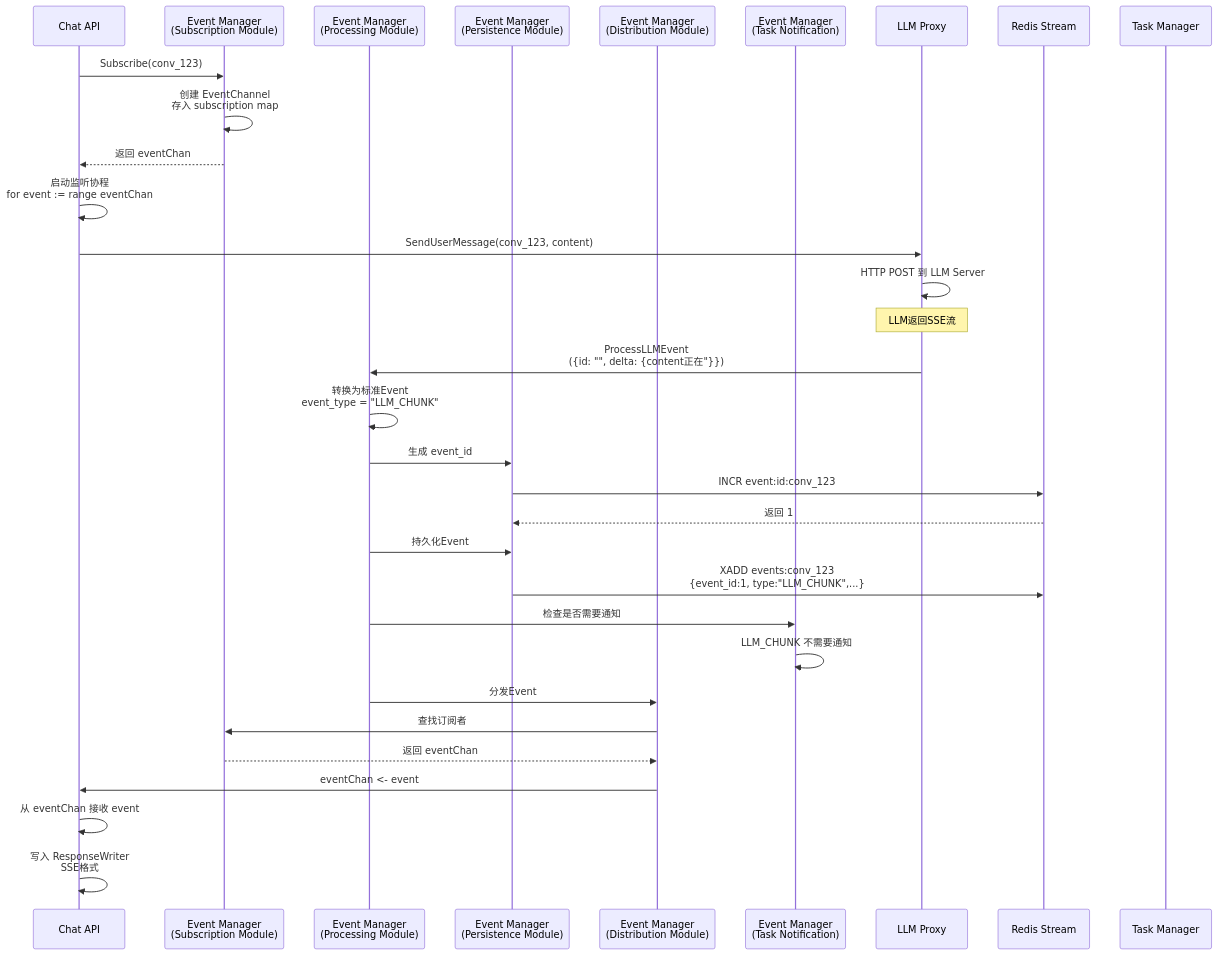
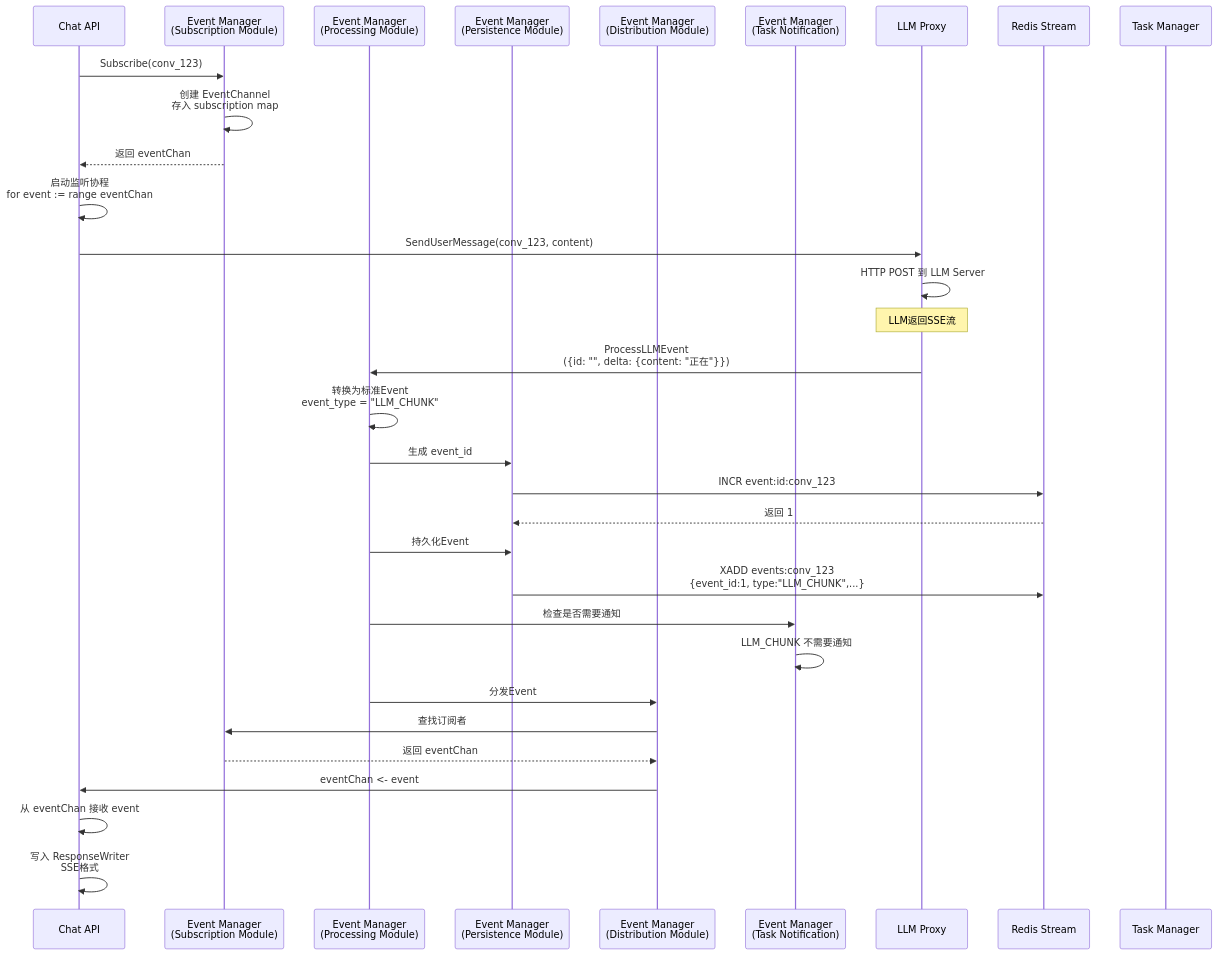
Before and after one commit to yingjianzh/iodraw-files: the diagram in all/未命名-10.md, drawn with Mermaid.

Commit message:
2025-12-22 17:28:50 update

````diff
--- a/all/未命名-10.md
+++ b/all/未命名-10.md
@@ -1,44 +1,44 @@
 ```mermaid
 sequenceDiagram
     participant ChatAPI as Chat API
     participant EventMgr as Event Manager<br/>(Subscription Module)
     participant EventProc as Event Manager<br/>(Processing Module)
     participant Persist as Event Manager<br/>(Persistence Module)
     participant Distrib as Event Manager<br/>(Distribution Module)
     participant TaskNotif as Event Manager<br/>(Task Notification)
     participant LLMProxy as LLM Proxy
     participant Redis as Redis Stream
     participant TaskMgr as Task Manager
 
     ChatAPI->>EventMgr: Subscribe(conv_123)
     EventMgr->>EventMgr: 创建 EventChannel<br/>存入 subscription map
     EventMgr-->>ChatAPI: 返回 eventChan
 
     ChatAPI->>ChatAPI: 启动监听协程<br/>for event := range eventChan
     
     ChatAPI->>LLMProxy: SendUserMessage(conv_123, content)
     LLMProxy->>LLMProxy: HTTP POST 到 LLM Server
 
     Note over LLMProxy: LLM返回SSE流
 
-    LLMProxy->>EventProc: ProcessLLMEvent<br/>({id: "", delta: {content正在"}})
+    LLMProxy->>EventProc: ProcessLLMEvent<br/>({id: "", delta: {content: "正在"}})
     
     EventProc->>EventProc: 转换为标准Event<br/>event_type = "LLM_CHUNK"
     EventProc->>Persist: 生成 event_id
     Persist->>Redis: INCR event:id:conv_123
     Redis-->>Persist: 返回 1
     
     EventProc->>Persist: 持久化Event
     Persist->>Redis: XADD events:conv_123<br/>{event_id:1, type:"LLM_CHUNK",...}
     
     EventProc->>TaskNotif: 检查是否需要通知
     TaskNotif->>TaskNotif: LLM_CHUNK 不需要通知
     
     EventProc->>Distrib: 分发Event
     Distrib->>EventMgr: 查找订阅者
     EventMgr-->>Distrib: 返回 eventChan
     Distrib->>ChatAPI: eventChan <- event
     
     ChatAPI->>ChatAPI: 从 eventChan 接收 event
     ChatAPI->>ChatAPI: 写入 ResponseWriter<br/>SSE格式
 ```
````
